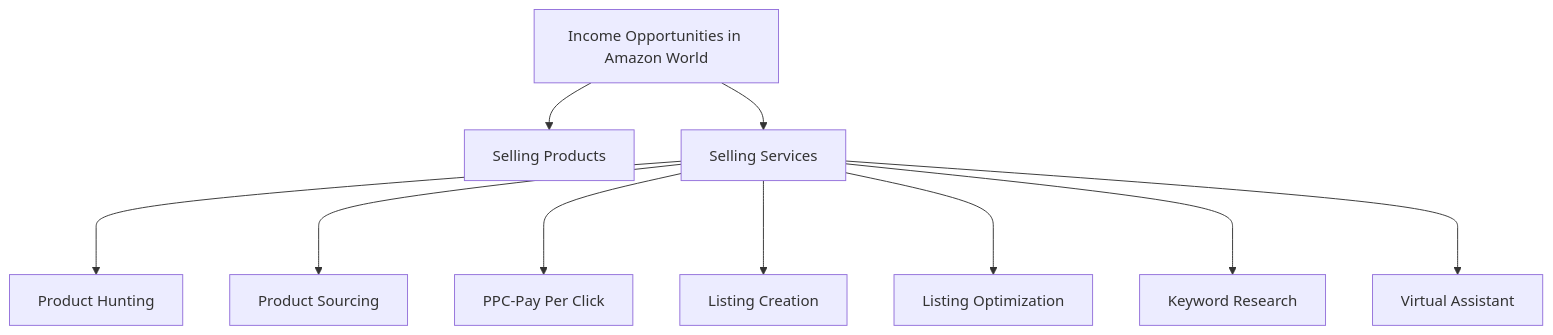
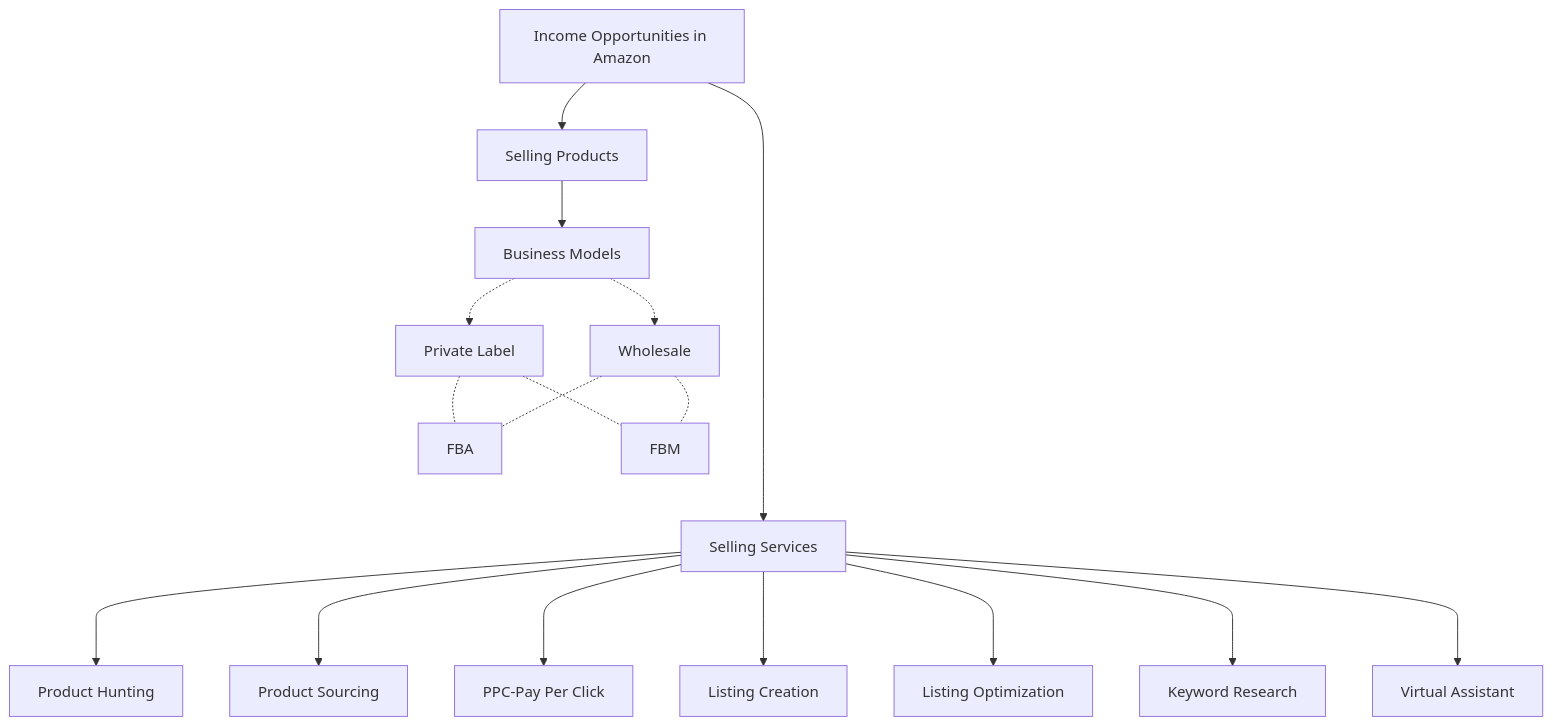
Before and after one commit to engradeelnayyar/engradeelnayyar: the first of 3 diagrams in amazonvirtualassistant.md, drawn with Mermaid. The commit also changed other lines of this file, not shown here.

````diff
--- a/amazonvirtualassistant.md
+++ b/amazonvirtualassistant.md
@@ -3,16 +16,20 @@
 ```mermaid
 
 graph TD 
-A[Income Opportunities in Amazon World]-->B[Selling Products]
-A[Income Opportunities in Amazon World]-->C[Selling Services]
-
-
-C[Selling Services] ---> D[Product Hunting]
-C[Selling Services] ---> E[Product Sourcing]
-C[Selling Services] ---> F[PPC-Pay Per Click]
-C[Selling Services] ---> G[Listing Creation]
-C[Selling Services] ---> H[Listing Optimization]
-C[Selling Services] ---> I[Keyword Research]
-C[Selling Services] ---> J[Virtual Assistant]
+A[Income Opportunities in Amazon]-->B[Selling Products]--> C[Business Model]
+C[Business Models]-.->F[Private Label]
+C[Business Models]-.->E[Wholesale]
+F[Private Label]-.-O[FBA]
+E[Wholesale]-.- O[FBA]
+F[Private Label]-.-P[FBM]
+E[Wholesale]-.- P[FBM]
+A[Income Opportunities in Amazon]------>D[Selling Services]
+D[Selling Services] ---> G[Product Hunting]
+D[Selling Services] ---> H[Product Sourcing]
+D[Selling Services] ---> I[PPC-Pay Per Click]
+D[Selling Services] ---> J[Listing Creation]
+D[Selling Services] ---> K[Listing Optimization]
+D[Selling Services] ---> L[Keyword Research]
+D[Selling Services] ---> M[Virtual Assistant]
 
 ```
````
